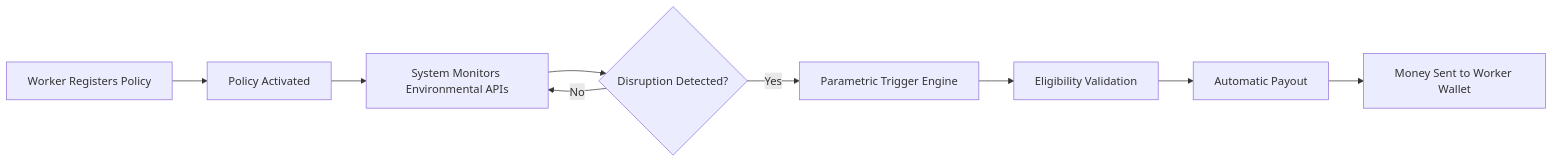
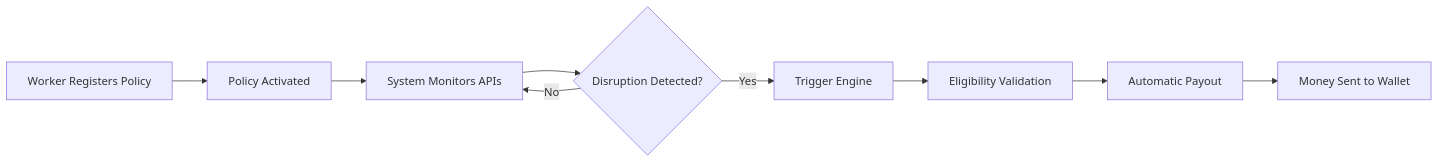
One commit to ed6095-web/Guidewire-DEVTrails-2026 changed the second of 4 diagrams in README.md. Above: the diagram before and after it, drawn with Mermaid. The commit also changed other lines of this file, not shown here.

````diff
--- a/README.md
+++ b/README.md
@@ -124,11 +125,11 @@
 ```mermaid
 flowchart LR
 A[Worker Registers Policy] --> B[Policy Activated]
-B --> C[System Monitors Environmental APIs]
+B --> C[System Monitors APIs]
 C --> D{Disruption Detected?}
 D -- No --> C
-D -- Yes --> E[Parametric Trigger Engine]
+D -- Yes --> E[Trigger Engine]
 E --> F[Eligibility Validation]
 F --> G[Automatic Payout]
-G --> H[Money Sent to Worker Wallet]
+G --> H[Money Sent to Wallet]
 ```
````
